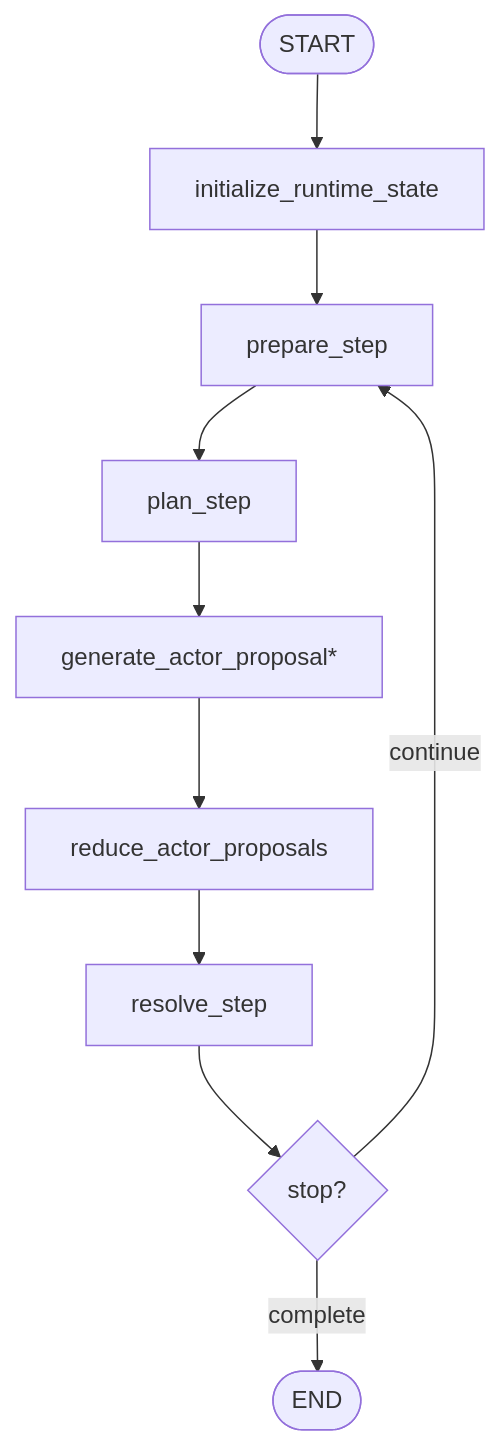
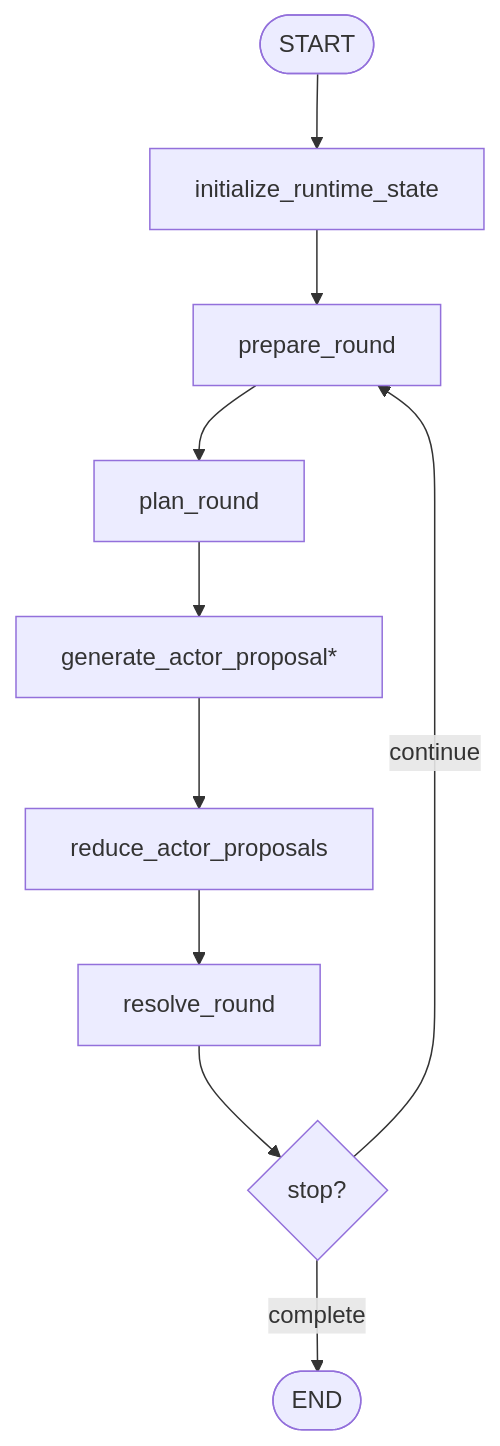
The diagram in docs/workflows/runtime.md (keonho-kim/simula), drawn with Mermaid before and after one commit. The commit also changed other lines of this file and 71 other files, not shown here.

````diff
--- a/docs/workflows/runtime.md
+++ b/docs/workflows/runtime.md
@@ -10,12 +10,12 @@
 ```mermaid
 flowchart TD
     Start([START]) --> Init["initialize_runtime_state"]
-    Init --> Prepare["prepare_step"]
-    Prepare --> Plan["plan_step"]
+    Init --> Prepare["prepare_round"]
+    Prepare --> Plan["plan_round"]
     Plan --> FanOut["generate_actor_proposal*"]
     FanOut --> Reduce["reduce_actor_proposals"]
-    Reduce --> Resolve["resolve_step"]
+    Reduce --> Resolve["resolve_round"]
     Resolve --> Route{"stop?"}
     Route -->|continue| Prepare
     Route -->|complete| End([END])
 ```
````
